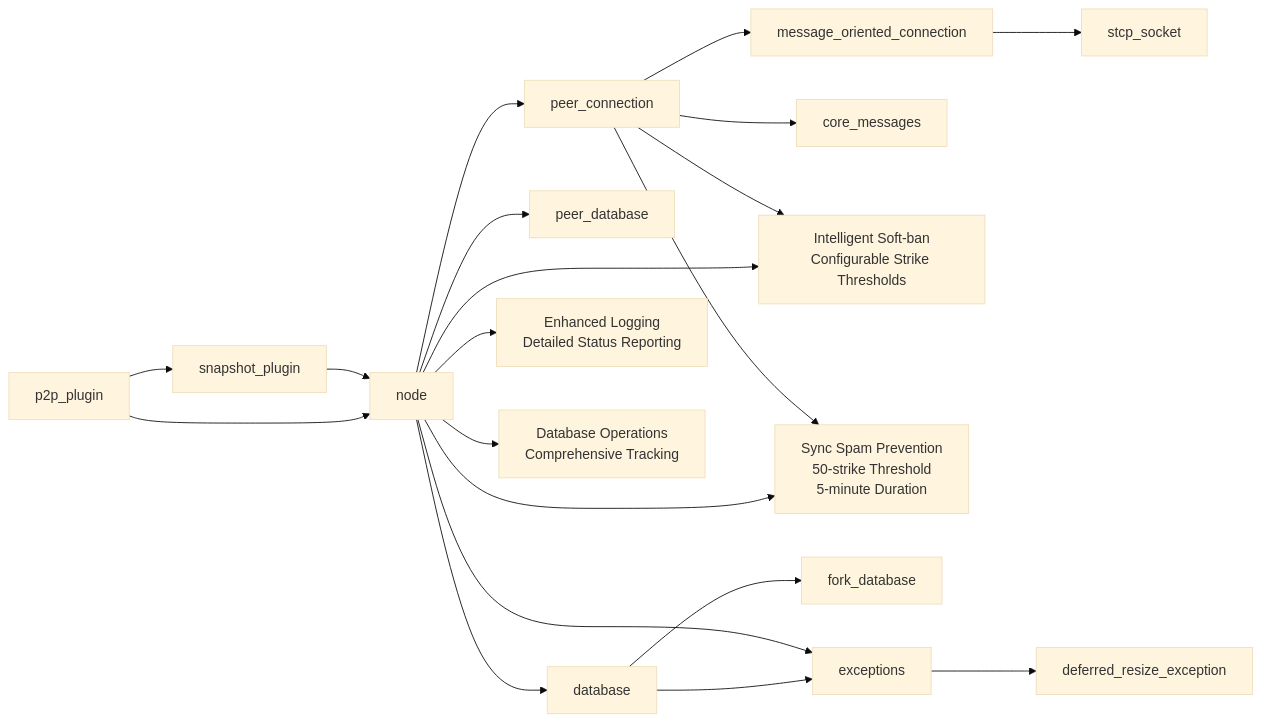
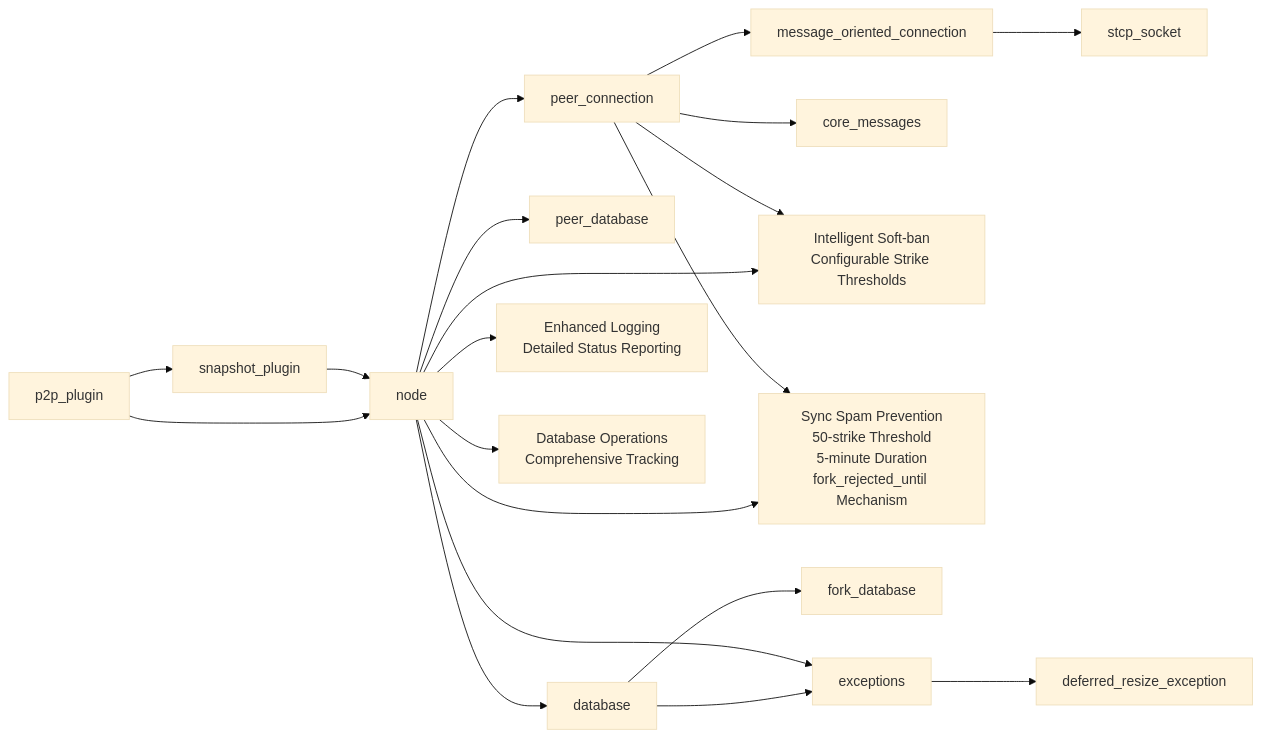
One commit to VIZ-Blockchain/viz-cpp-node changed diagram 14 of 14 in .qoder/repowiki/en/content/Architecture Overview/Core Libraries/Network Library/Peer Connection Management.md. Above: the diagram before and after it, drawn with Mermaid (base theme). The commit also changed other lines of this file and 2 other files, not shown here.

First line of the commit message:
feat(network): add sync spam prevention with fork_rejected_until mechanism

````diff
--- a/.qoder/repowiki/en/content/Architecture Overview/Core Libraries/Network Library/Peer Connection Management.md
+++ b/.qoder/repowiki/en/content/Architecture Overview/Core Libraries/Network Library/Peer Connection Management.md
@@ -745,22 +748,22 @@
 ```mermaid
 graph LR
 PC["peer_connection"] --> MOC["message_oriented_connection"]
 MOC --> STCP["stcp_socket"]
 PC --> CM["core_messages"]
 N["node"] --> PC
 N --> PD["peer_database"]
 N --> DB["database"]
 N --> SB["Intelligent Soft-ban<br/>Configurable Strike Thresholds"]
 N --> CR["Enhanced Logging<br/>Detailed Status Reporting"]
 N --> DBOPS["Database Operations<br/>Comprehensive Tracking"]
-N --> SS["Sync Spam Prevention<br/>50-strike Threshold<br/>5-minute Duration"]
+N --> SS["Sync Spam Prevention<br/>50-strike Threshold<br/>5-minute Duration<br/>fork_rejected_until Mechanism"]
 P2P["p2p_plugin"] --> N
 P2P --> SNAP["snapshot_plugin"]
 SNAP --> N
 DB --> FD["fork_database"]
 DB --> EX["exceptions"]
 N --> EX
 EX --> DR["deferred_resize_exception"]
 PC --> SB
 PC --> SS
 ```
````
